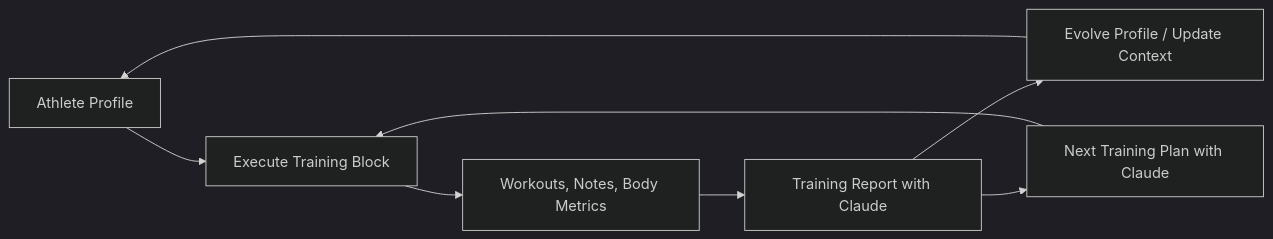
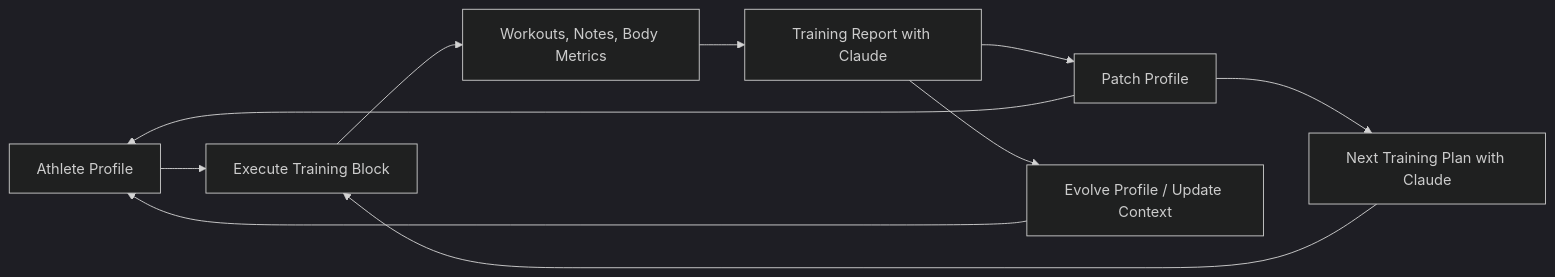
Before and after one commit to ananchev/cycling-coach: the diagram in README.md, drawn with Mermaid (dark theme). The commit also changed other lines of this file and 8 other files, not shown here.

Commit message:
feat: weekly profile patching mechanism after weekly report generation to update recent training weeks, milestones, and last updated date.

````diff
--- a/README.md
+++ b/README.md
@@ -25,10 +28,12 @@
 ```mermaid
 flowchart LR
     P[Athlete Profile] --> E[Execute Training Block]
     E --> N[Workouts, Notes, Body Metrics]
     N --> R[Training Report with Claude]
+    R --> PA[Patch Profile]
+    PA --> P
+    PA --> W[Next Training Plan with Claude]
     R --> U[Evolve Profile / Update Context]
     U --> P
-    R --> W[Next Training Plan with Claude]
     W --> E
 ```
````
